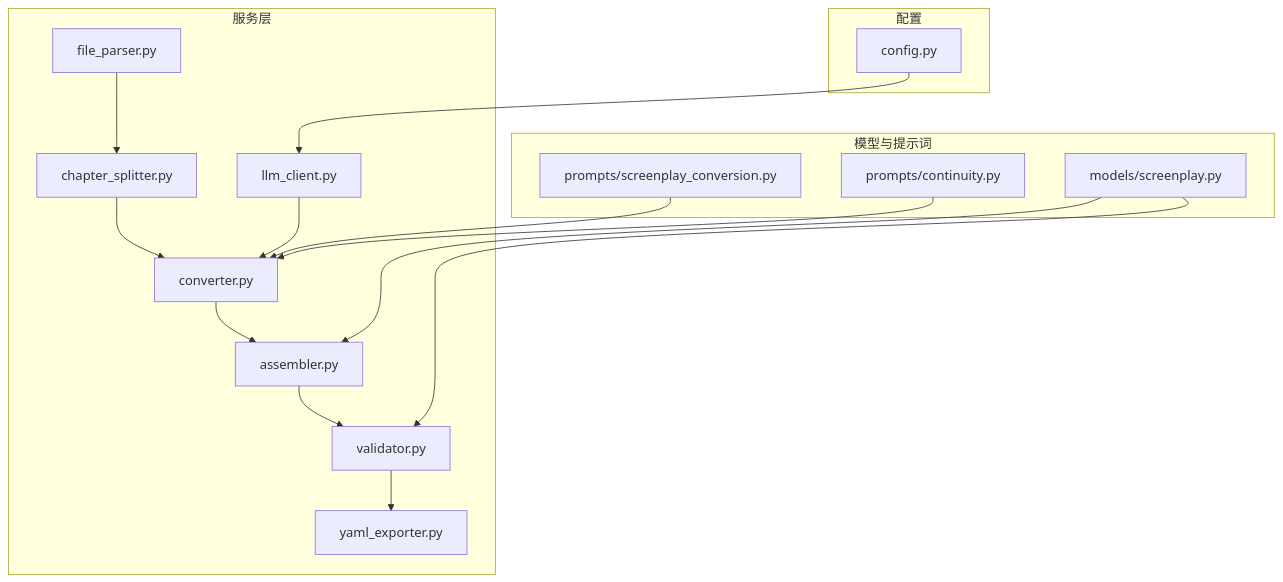
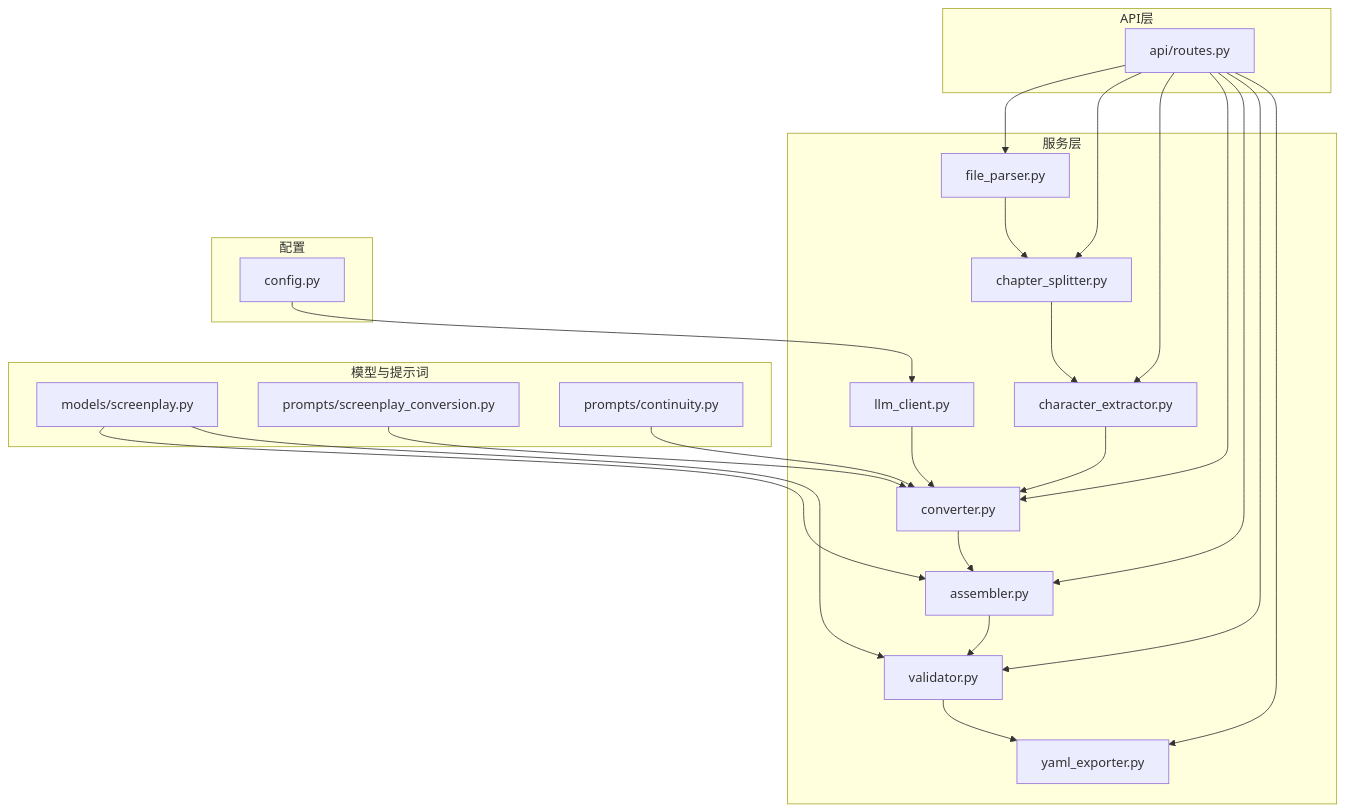
Before and after one commit to tjujingzong/Novel-to-Screenplay: the first of 12 diagrams in .qoder/repowiki/zh/content/核心服务模块/核心服务模块.md, drawn with Mermaid. The commit also changed other lines of this file and 6 other files, not shown here.

````diff
--- a/.qoder/repowiki/zh/content/核心服务模块/核心服务模块.md
+++ b/.qoder/repowiki/zh/content/核心服务模块/核心服务模块.md
@@ -48,31 +53,43 @@
 ```mermaid
 graph TB
 subgraph "服务层"
 FP["file_parser.py"]
 CS["chapter_splitter.py"]
+CE["character_extractor.py"]
 LLM["llm_client.py"]
 CV["converter.py"]
 AS["assembler.py"]
 VL["validator.py"]
 YE["yaml_exporter.py"]
 end
 subgraph "模型与提示词"
 SM["models/screenplay.py"]
 PC["prompts/screenplay_conversion.py"]
 PCont["prompts/continuity.py"]
 end
+subgraph "API层"
+RT["api/routes.py"]
+end
 subgraph "配置"
 CFG["config.py"]
 end
 FP --> CS
-CS --> CV
+CS --> CE
+CE --> CV
 LLM --> CV
 CV --> AS
 AS --> VL
 VL --> YE
 CFG --> LLM
 SM --> AS
 SM --> VL
 PC --> CV
 PCont --> CV
+RT --> FP
+RT --> CS
+RT --> CE
+RT --> CV
+RT --> AS
+RT --> VL
+RT --> YE
 ```
````
